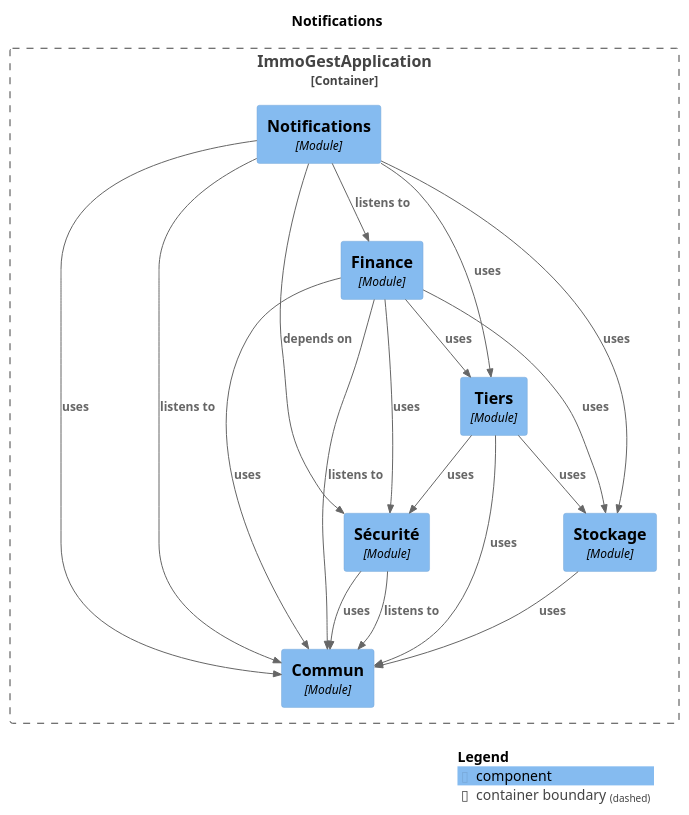
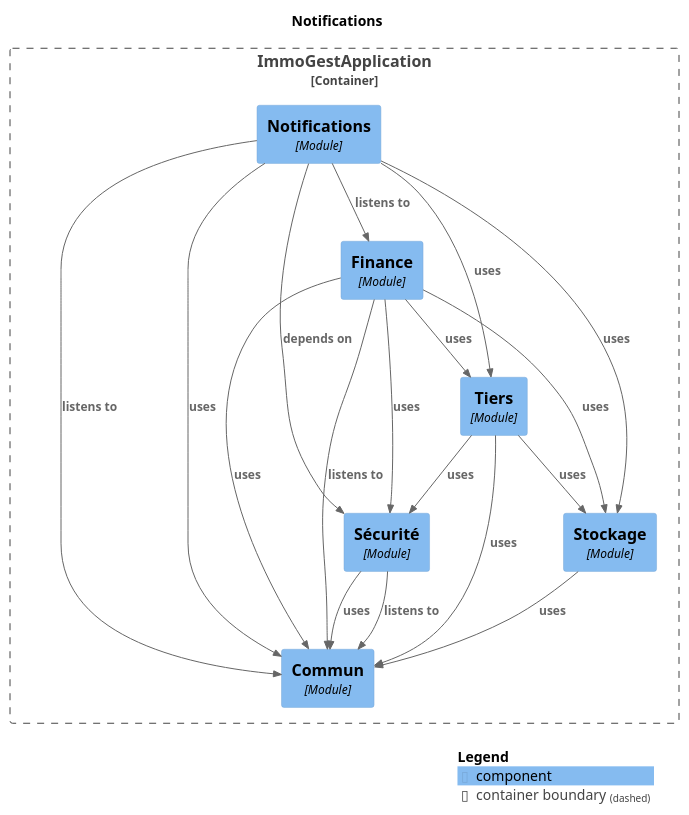
Before and after one commit to fixedevelloper/csimmo: the diagram in docs/modules/module-notification.puml, drawn with PlantUML. The commit also changed other lines of this file and 82 other files, not shown here.

```diff
--- a/docs/modules/module-notification.puml
+++ b/docs/modules/module-notification.puml
@@ -1,39 +1,39 @@
 @startuml
 set separator none
 title Notifications
 
 top to bottom direction
 
 !include <C4/C4>
 !include <C4/C4_Context>
 !include <C4/C4_Component>
 
 Container_Boundary("ImmoGestApplication.ImmoGestApplication_boundary", "ImmoGestApplication", $tags="") {
   Component(ImmoGestApplication.ImmoGestApplication.Finance, "Finance", $techn="Module", $descr="", $tags="", $link="")
   Component(ImmoGestApplication.ImmoGestApplication.Notifications, "Notifications", $techn="Module", $descr="", $tags="", $link="")
   Component(ImmoGestApplication.ImmoGestApplication.Commun, "Commun", $techn="Module", $descr="", $tags="", $link="")
   Component(ImmoGestApplication.ImmoGestApplication.Sécurité, "Sécurité", $techn="Module", $descr="", $tags="", $link="")
   Component(ImmoGestApplication.ImmoGestApplication.Stockage, "Stockage", $techn="Module", $descr="", $tags="", $link="")
   Component(ImmoGestApplication.ImmoGestApplication.Tiers, "Tiers", $techn="Module", $descr="", $tags="", $link="")
 }
 
+Rel(ImmoGestApplication.ImmoGestApplication.Notifications, ImmoGestApplication.ImmoGestApplication.Commun, "listens to", $techn="", $tags="", $link="")
+Rel(ImmoGestApplication.ImmoGestApplication.Notifications, ImmoGestApplication.ImmoGestApplication.Finance, "listens to", $techn="", $tags="", $link="")
+Rel(ImmoGestApplication.ImmoGestApplication.Notifications, ImmoGestApplication.ImmoGestApplication.Sécurité, "depends on", $techn="", $tags="", $link="")
+Rel(ImmoGestApplication.ImmoGestApplication.Notifications, ImmoGestApplication.ImmoGestApplication.Stockage, "uses", $techn="", $tags="", $link="")
+Rel(ImmoGestApplication.ImmoGestApplication.Notifications, ImmoGestApplication.ImmoGestApplication.Tiers, "uses", $techn="", $tags="", $link="")
 Rel(ImmoGestApplication.ImmoGestApplication.Notifications, ImmoGestApplication.ImmoGestApplication.Commun, "uses", $techn="", $tags="", $link="")
+Rel(ImmoGestApplication.ImmoGestApplication.Tiers, ImmoGestApplication.ImmoGestApplication.Stockage, "uses", $techn="", $tags="", $link="")
+Rel(ImmoGestApplication.ImmoGestApplication.Tiers, ImmoGestApplication.ImmoGestApplication.Commun, "uses", $techn="", $tags="", $link="")
+Rel(ImmoGestApplication.ImmoGestApplication.Tiers, ImmoGestApplication.ImmoGestApplication.Sécurité, "uses", $techn="", $tags="", $link="")
+Rel(ImmoGestApplication.ImmoGestApplication.Stockage, ImmoGestApplication.ImmoGestApplication.Commun, "uses", $techn="", $tags="", $link="")
 Rel(ImmoGestApplication.ImmoGestApplication.Finance, ImmoGestApplication.ImmoGestApplication.Commun, "listens to", $techn="", $tags="", $link="")
 Rel(ImmoGestApplication.ImmoGestApplication.Finance, ImmoGestApplication.ImmoGestApplication.Commun, "uses", $techn="", $tags="", $link="")
 Rel(ImmoGestApplication.ImmoGestApplication.Finance, ImmoGestApplication.ImmoGestApplication.Tiers, "uses", $techn="", $tags="", $link="")
 Rel(ImmoGestApplication.ImmoGestApplication.Finance, ImmoGestApplication.ImmoGestApplication.Stockage, "uses", $techn="", $tags="", $link="")
 Rel(ImmoGestApplication.ImmoGestApplication.Finance, ImmoGestApplication.ImmoGestApplication.Sécurité, "uses", $techn="", $tags="", $link="")
 Rel(ImmoGestApplication.ImmoGestApplication.Sécurité, ImmoGestApplication.ImmoGestApplication.Commun, "listens to", $techn="", $tags="", $link="")
 Rel(ImmoGestApplication.ImmoGestApplication.Sécurité, ImmoGestApplication.ImmoGestApplication.Commun, "uses", $techn="", $tags="", $link="")
-Rel(ImmoGestApplication.ImmoGestApplication.Tiers, ImmoGestApplication.ImmoGestApplication.Stockage, "uses", $techn="", $tags="", $link="")
-Rel(ImmoGestApplication.ImmoGestApplication.Tiers, ImmoGestApplication.ImmoGestApplication.Commun, "uses", $techn="", $tags="", $link="")
-Rel(ImmoGestApplication.ImmoGestApplication.Tiers, ImmoGestApplication.ImmoGestApplication.Sécurité, "uses", $techn="", $tags="", $link="")
-Rel(ImmoGestApplication.ImmoGestApplication.Stockage, ImmoGestApplication.ImmoGestApplication.Commun, "uses", $techn="", $tags="", $link="")
-Rel(ImmoGestApplication.ImmoGestApplication.Notifications, ImmoGestApplication.ImmoGestApplication.Commun, "listens to", $techn="", $tags="", $link="")
-Rel(ImmoGestApplication.ImmoGestApplication.Notifications, ImmoGestApplication.ImmoGestApplication.Finance, "listens to", $techn="", $tags="", $link="")
-Rel(ImmoGestApplication.ImmoGestApplication.Notifications, ImmoGestApplication.ImmoGestApplication.Sécurité, "depends on", $techn="", $tags="", $link="")
-Rel(ImmoGestApplication.ImmoGestApplication.Notifications, ImmoGestApplication.ImmoGestApplication.Stockage, "uses", $techn="", $tags="", $link="")
-Rel(ImmoGestApplication.ImmoGestApplication.Notifications, ImmoGestApplication.ImmoGestApplication.Tiers, "uses", $techn="", $tags="", $link="")
 
 SHOW_LEGEND(true)
 @enduml
```
